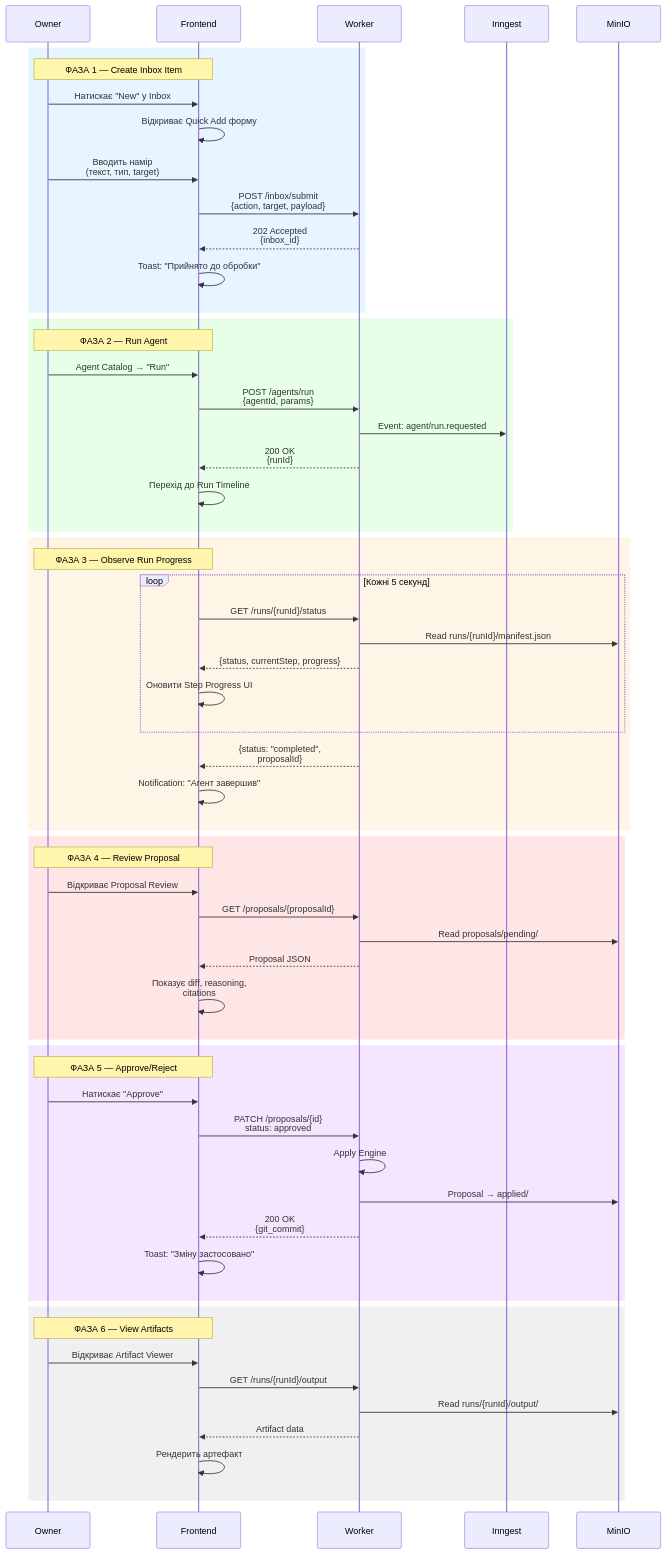
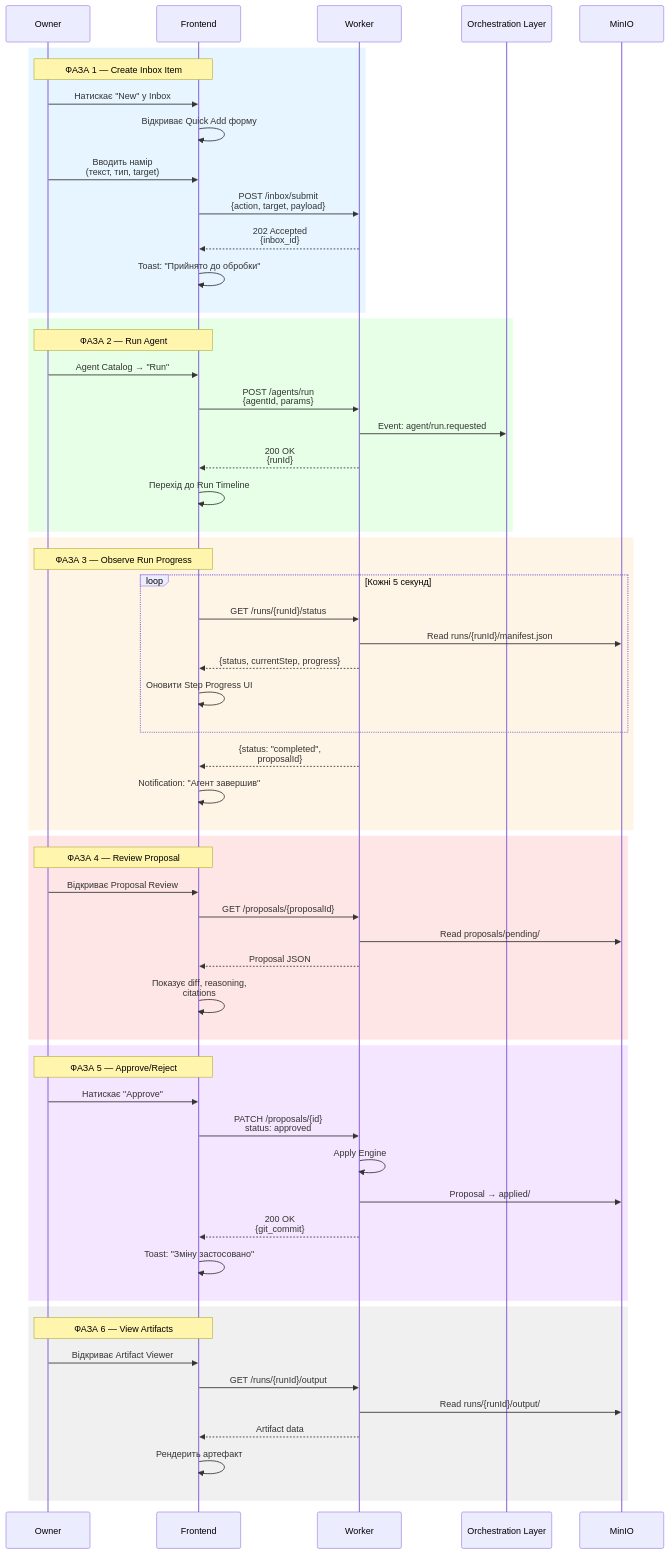
One commit to maxfraieho/garden-bloom changed the first of 3 diagrams in docs/frontend/LOVABLE_УЗГОДЖЕННЯ_З_RUNTIME_АРХІТЕКТУРОЮ.md. Above: the diagram before and after it, drawn with Mermaid. The commit also changed other lines of this file and 29 other files, not shown here.

First line of the commit message:
docs: make runtime orchestration vendor-agnostic; remove Inngest refs from canonical docs

````diff
--- a/docs/frontend/LOVABLE_УЗГОДЖЕННЯ_З_RUNTIME_АРХІТЕКТУРОЮ.md
+++ b/docs/frontend/LOVABLE_УЗГОДЖЕННЯ_З_RUNTIME_АРХІТЕКТУРОЮ.md
@@ -191,67 +191,67 @@
 ```mermaid
 sequenceDiagram
     participant O as Owner
     participant UI as Frontend
     participant W as Worker
-    participant IG as Inngest
+    participant OL as Orchestration Layer
     participant S3 as MinIO
 
     rect rgb(230, 245, 255)
         Note over O,UI: ФАЗА 1 — Create Inbox Item
         O->>UI: Натискає "New" у Inbox
         UI->>UI: Відкриває Quick Add форму
         O->>UI: Вводить намір<br/>(текст, тип, target)
         UI->>W: POST /inbox/submit<br/>{action, target, payload}
         W-->>UI: 202 Accepted<br/>{inbox_id}
         UI->>UI: Toast: "Прийнято до обробки"
     end
 
     rect rgb(230, 255, 230)
         Note over O,UI: ФАЗА 2 — Run Agent
         O->>UI: Agent Catalog → "Run"
         UI->>W: POST /agents/run<br/>{agentId, params}
-        W->>IG: Event: agent/run.requested
+        W->>OL: Event: agent/run.requested
         W-->>UI: 200 OK<br/>{runId}
         UI->>UI: Перехід до Run Timeline
     end
 
     rect rgb(255, 245, 230)
         Note over O,UI: ФАЗА 3 — Observe Run Progress
         loop Кожні 5 секунд
             UI->>W: GET /runs/{runId}/status
             W->>S3: Read runs/{runId}/manifest.json
             W-->>UI: {status, currentStep, progress}
             UI->>UI: Оновити Step Progress UI
         end
         W-->>UI: {status: "completed",<br/>proposalId}
         UI->>UI: Notification: "Агент завершив"
     end
 
     rect rgb(255, 230, 230)
         Note over O,UI: ФАЗА 4 — Review Proposal
         O->>UI: Відкриває Proposal Review
         UI->>W: GET /proposals/{proposalId}
         W->>S3: Read proposals/pending/
         W-->>UI: Proposal JSON
         UI->>UI: Показує diff, reasoning,<br/>citations
     end
 
     rect rgb(245, 230, 255)
         Note over O,UI: ФАЗА 5 — Approve/Reject
         O->>UI: Натискає "Approve"
         UI->>W: PATCH /proposals/{id}<br/>status: approved
         W->>W: Apply Engine
         W->>S3: Proposal → applied/
         W-->>UI: 200 OK<br/>{git_commit}
         UI->>UI: Toast: "Зміну застосовано"
     end
 
     rect rgb(240, 240, 240)
         Note over O,UI: ФАЗА 6 — View Artifacts
         O->>UI: Відкриває Artifact Viewer
         UI->>W: GET /runs/{runId}/output
         W->>S3: Read runs/{runId}/output/
         W-->>UI: Artifact data
         UI->>UI: Рендерить артефакт
     end
 ```
````
